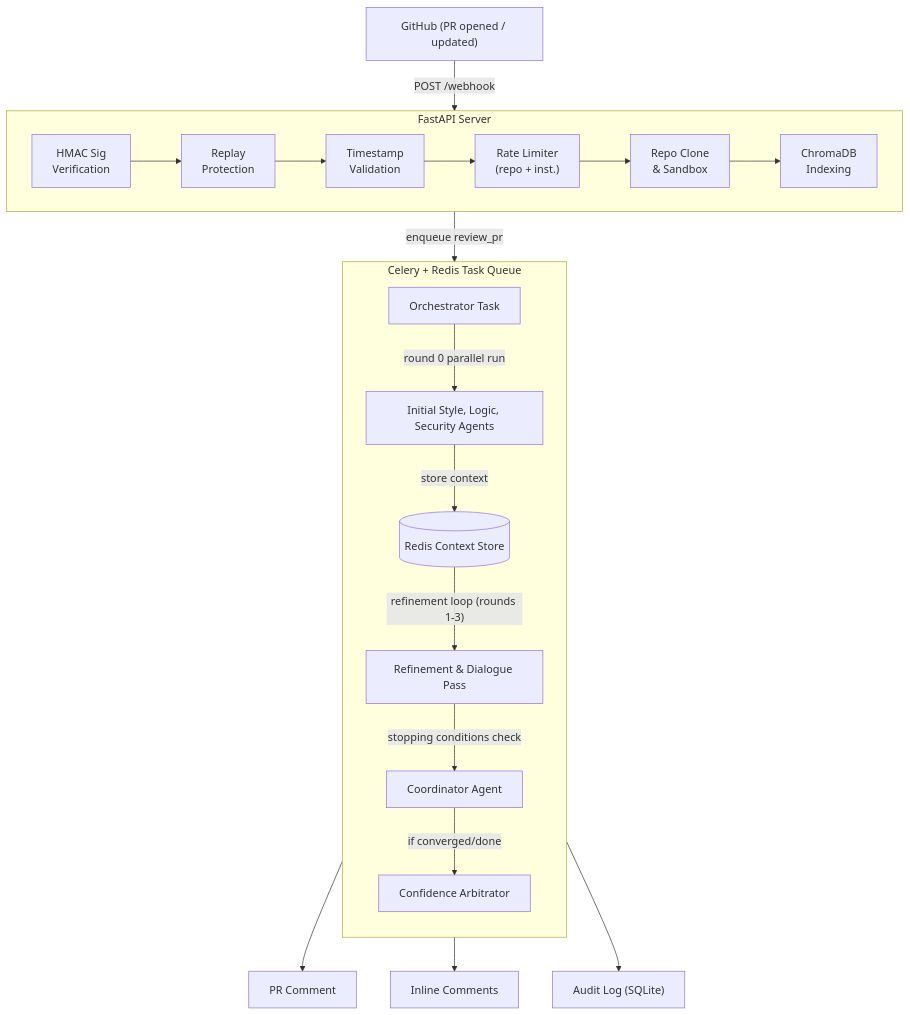
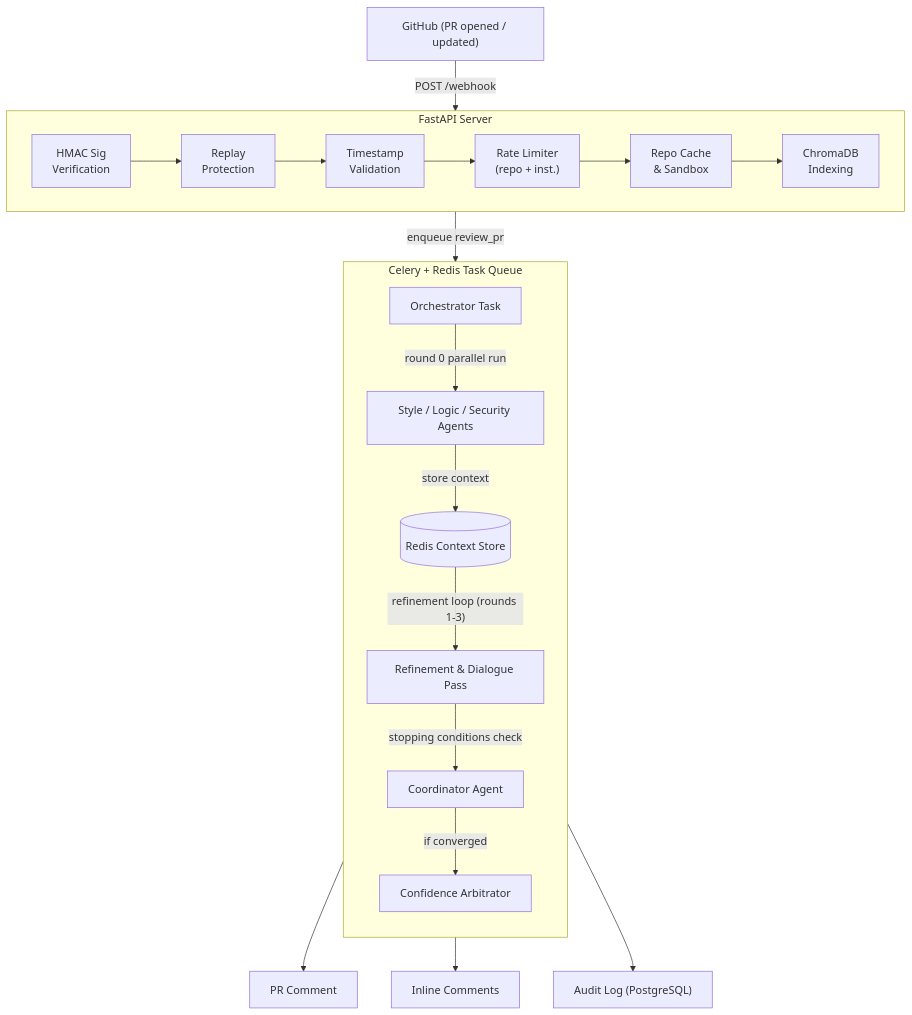
Before and after one commit to purvanshh/PRGuard-AI: the diagram in README.md, drawn with Mermaid. The commit also changed other lines of this file, not shown here.

````diff
--- a/README.md
+++ b/README.md
@@ -24,29 +47,29 @@
 ```mermaid
 flowchart TD
     GH["GitHub (PR opened / updated)"]
     GH -->|"POST /webhook"| FW
 
     subgraph FW["FastAPI Server"]
         direction LR
         HMAC["HMAC Sig\nVerification"] --> REPLAY["Replay\nProtection"]
         REPLAY --> TS["Timestamp\nValidation"]
         TS --> RL["Rate Limiter\n(repo + inst.)"]
-        RL --> CLONE["Repo Clone\n& Sandbox"]
+        RL --> CLONE["Repo Cache\n& Sandbox"]
         CLONE --> IDX["ChromaDB\nIndexing"]
     end
 
     FW -->|"enqueue review_pr"| CQ
 
     subgraph CQ["Celery + Redis Task Queue"]
         direction TB
-        ORCH["Orchestrator Task"] -->|"round 0 parallel run"| INIT["Initial Style, Logic, Security Agents"]
+        ORCH["Orchestrator Task"] -->|"round 0 parallel run"| INIT["Style / Logic / Security Agents"]
         INIT -->|"store context"| REDIS[("Redis Context Store")]
         REDIS -->|"refinement loop (rounds 1-3)"| REF["Refinement & Dialogue Pass"]
         REF -->|"stopping conditions check"| COORD["Coordinator Agent"]
-        COORD -->|"if converged/done"| ARB["Confidence Arbitrator"]
+        COORD -->|"if converged"| ARB["Confidence Arbitrator"]
     end
 
     ARB --> C1["PR Comment"]
     ARB --> C2["Inline Comments"]
-    ARB --> C3["Audit Log (SQLite)"]
+    ARB --> C3["Audit Log (PostgreSQL)"]
 ```
````
